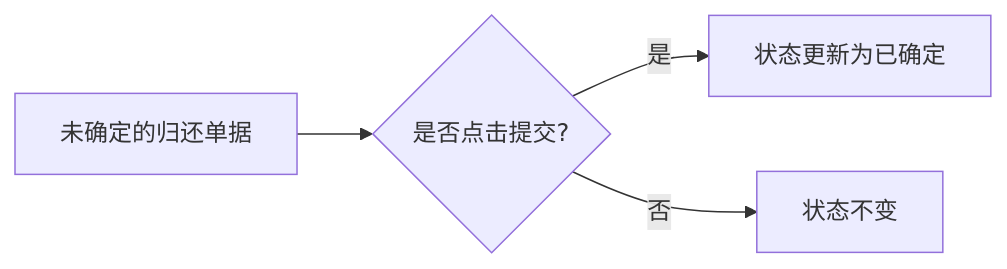
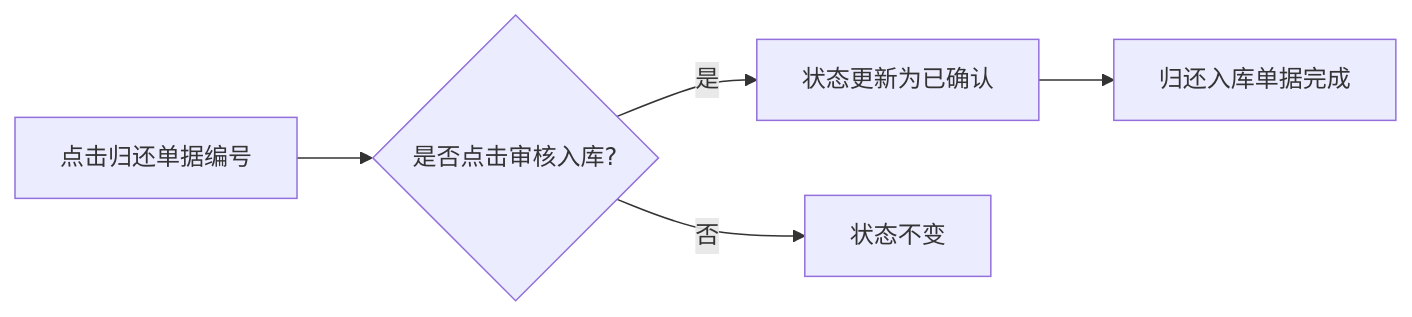
Before and after one commit to Lishengzuo/project-document-management: the second of 4 diagrams in README.md, drawn with Mermaid. The commit also changed other lines of this file, not shown here.

````diff
--- a/README.md
+++ b/README.md
@@ -120,6 +126,7 @@
 ```mermaid
 graph LR
-A[未确定的归还单据]-->B{是否点击提交?}
-B-->|是|C[状态更新为已确定]
+A[点击归还单据编号]-->B{是否点击审核入库?}
+B-->|是|C[状态更新为已确认]
 B-->|否|D[状态不变]
+C-->E[归还入库单据完成]
 ```
````
